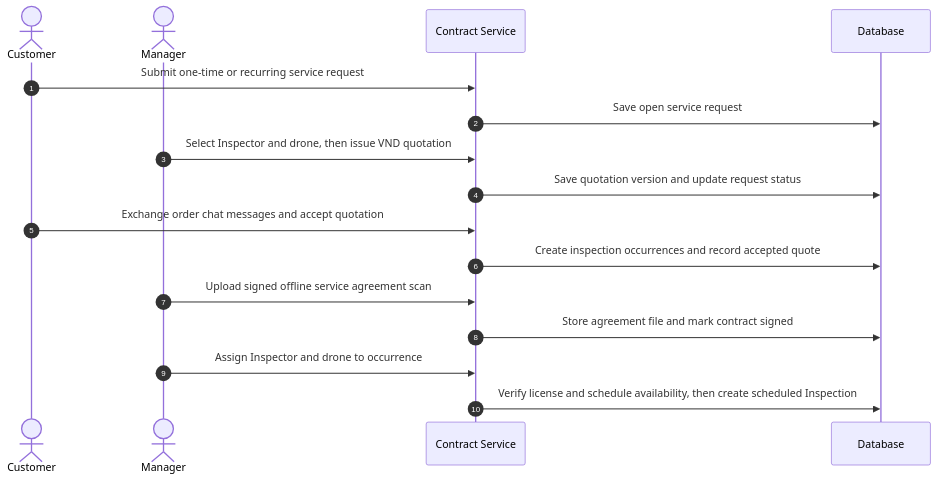
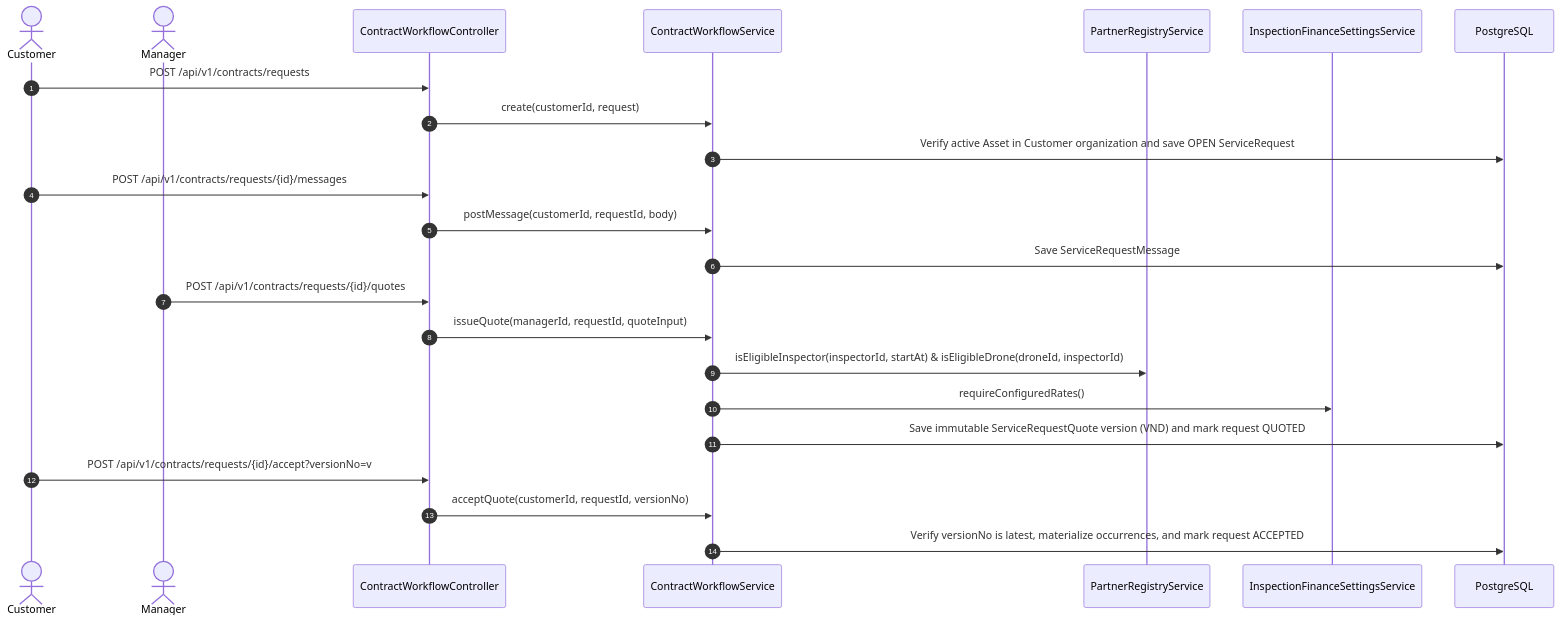
One commit to tungbach12/SmartDroneInspection-Docs changed diagram 12 of 26 in reports/report-4-software-design-document/03-detailed-design.md. Above: the diagram before and after it, drawn with Mermaid. The commit also changed other lines of this file and 132 other files, not shown here.

````diff
--- a/reports/report-4-software-design-document/03-detailed-design.md
+++ b/reports/report-4-software-design-document/03-detailed-design.md
@@ -440,24 +579,30 @@
 ```mermaid
-%% title: FE-04 Service Request, Quotation, Signed Contract and Dispatch Sequence Diagram
+%% title: FE-04 Service Request, Order Chat and VND Quotation Sequence Diagram
 sequenceDiagram
   autonumber
   actor Cust as Customer
   actor Mgr as Manager
-  participant ContractSvc as Contract Service
-  participant DB as Database
+  participant Ctrl as ContractWorkflowController
+  participant Svc as ContractWorkflowService
+  participant Partner as PartnerRegistryService
+  participant FinSvc as InspectionFinanceSettingsService
+  participant DB as PostgreSQL
 
-  Cust->>ContractSvc: Submit one-time or recurring service request
-  ContractSvc->>DB: Save open service request
+  Cust->>Ctrl: POST /api/v1/contracts/requests
+  Ctrl->>Svc: create(customerId, request)
+  Svc->>DB: Verify active Asset in Customer organization and save OPEN ServiceRequest
 
-  Mgr->>ContractSvc: Select Inspector and drone, then issue VND quotation
-  ContractSvc->>DB: Save quotation version and update request status
+  Cust->>Ctrl: POST /api/v1/contracts/requests/{id}/messages
+  Ctrl->>Svc: postMessage(customerId, requestId, body)
+  Svc->>DB: Save ServiceRequestMessage
 
-  Cust->>ContractSvc: Exchange order chat messages and accept quotation
-  ContractSvc->>DB: Create inspection occurrences and record accepted quote
+  Mgr->>Ctrl: POST /api/v1/contracts/requests/{id}/quotes
+  Ctrl->>Svc: issueQuote(managerId, requestId, quoteInput)
+  Svc->>Partner: isEligibleInspector(inspectorId, startAt) & isEligibleDrone(droneId, inspectorId)
+  Svc->>FinSvc: requireConfiguredRates()
+  Svc->>DB: Save immutable ServiceRequestQuote version (VND) and mark request QUOTED
 
-  Mgr->>ContractSvc: Upload signed offline service agreement scan
-  ContractSvc->>DB: Store agreement file and mark contract signed
-
-  Mgr->>ContractSvc: Assign Inspector and drone to occurrence
-  ContractSvc->>DB: Verify license and schedule availability, then create scheduled Inspection
+  Cust->>Ctrl: POST /api/v1/contracts/requests/{id}/accept?versionNo=v
+  Ctrl->>Svc: acceptQuote(customerId, requestId, versionNo)
+  Svc->>DB: Verify versionNo is latest, materialize occurrences, and mark request ACCEPTED
 ```
````
